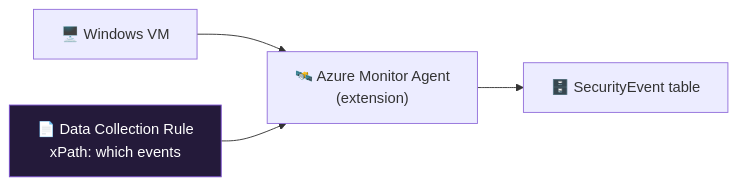
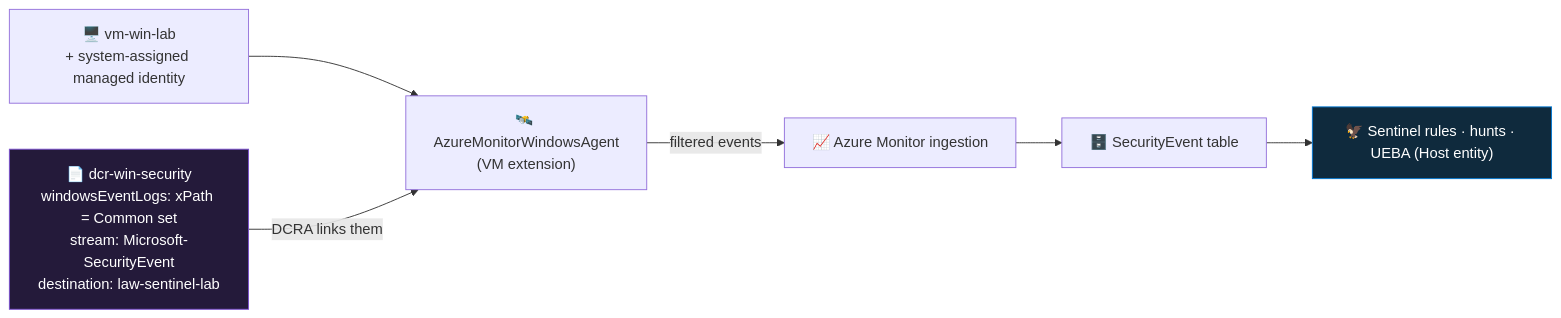
Before and after one commit to Tarun2000AD/microsoft-sentinel-live-learning: the diagram in 11-windows-vm-ama-dcr/README.md, drawn with Mermaid. The commit also changed other lines of this file, not shown here.

First line of the commit message:
Deepen step 11 (Windows VM AMA+DCR): agent/DCR/DCRA model, event-set cost trap, Bastion overspend warning

````diff
--- a/11-windows-vm-ama-dcr/README.md
+++ b/11-windows-vm-ama-dcr/README.md
@@ -34,7 +71,10 @@
 ```mermaid
 flowchart LR
-    VM["🖥️ Windows VM"] --> AMA["🛰️ Azure Monitor Agent<br/>(extension)"]
-    DCR["📄 Data Collection Rule<br/>xPath: which events"] --> AMA
-    AMA --> T["🗄️ SecurityEvent table"]
+    VM["🖥️ vm-win-lab<br/>+ system-assigned managed identity"] --> AMA["🛰️ AzureMonitorWindowsAgent<br/>(VM extension)"]
+    DCR["📄 dcr-win-security<br/>windowsEventLogs: xPath = Common set<br/>stream: Microsoft-SecurityEvent<br/>destination: law-sentinel-lab"] -->|DCRA links them| AMA
+    AMA -->|filtered events| PIPE["📈 Azure Monitor ingestion"]
+    PIPE --> T["🗄️ SecurityEvent table"]
+    T --> SEN["🦅 Sentinel rules · hunts · UEBA (Host entity)"]
     style DCR fill:#241a3a,stroke:#7b4fd0,color:#fff
+    style SEN fill:#0f2a3d,stroke:#0078D4,color:#fff
 ```
````
